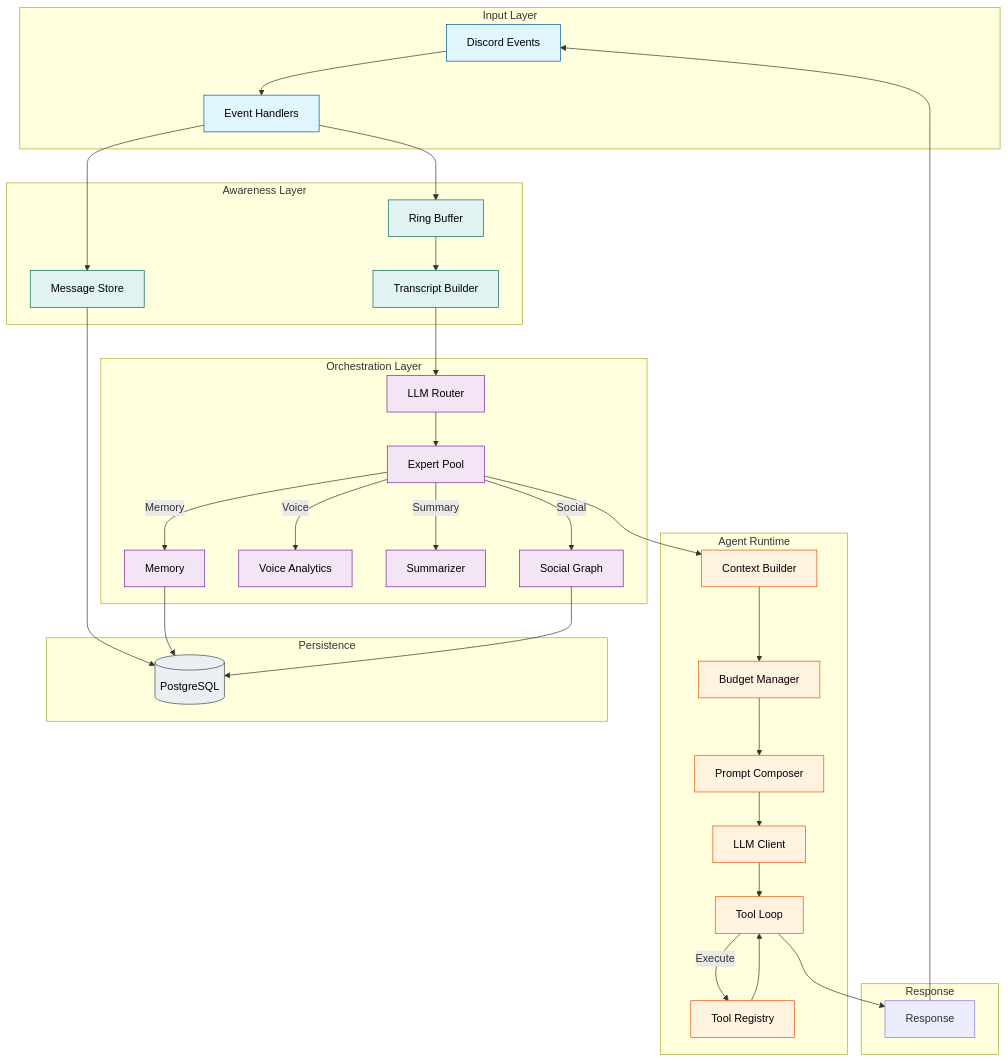
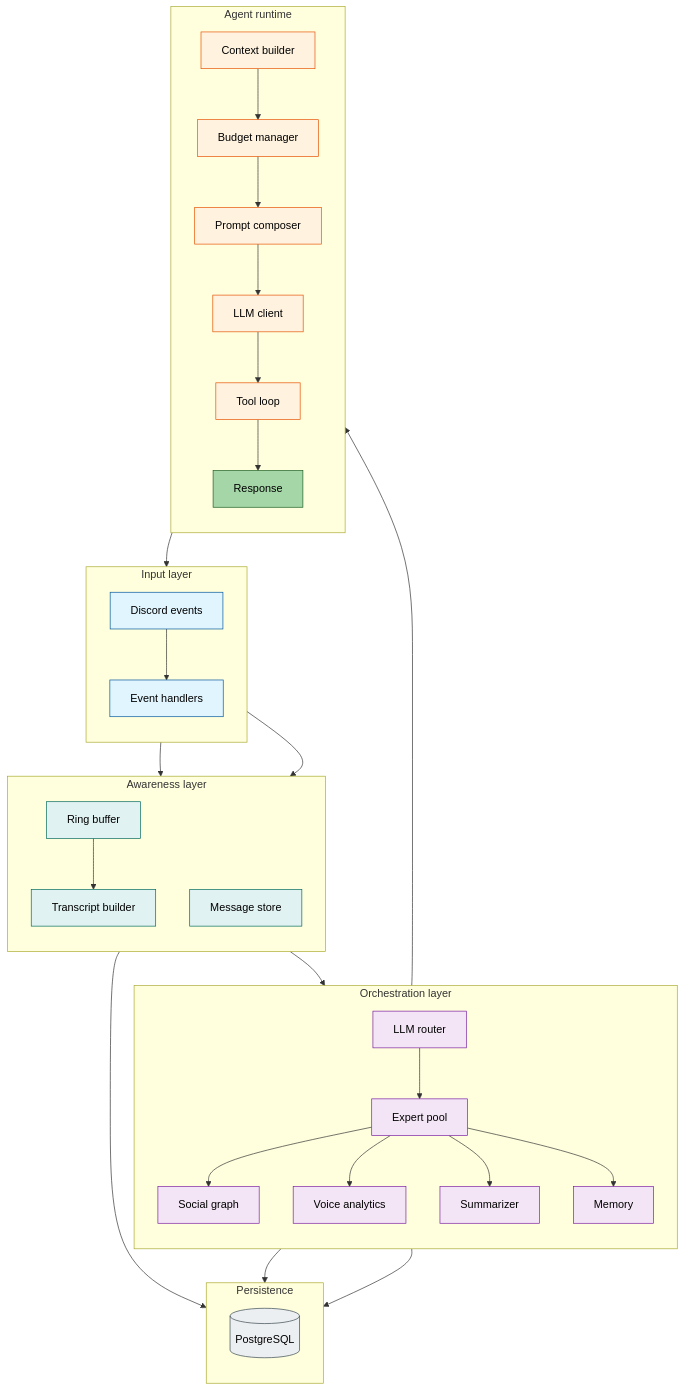
The sixth of 6 diagrams in docs/AGENTIC_ARCHITECTURE.md (BokX1/Sage), drawn with Mermaid before and after one commit. The commit also changed other lines of this file and 16 other files, not shown here.

````diff
--- a/docs/AGENTIC_ARCHITECTURE.md
+++ b/docs/AGENTIC_ARCHITECTURE.md
@@ -297,50 +316,52 @@
 ```mermaid
-graph TB
-    %% Styling
+flowchart TB
+    %% Layered view of the agentic runtime (simplified).
     classDef input fill:#e1f5fe,stroke:#01579b,color:black
     classDef awareness fill:#e0f2f1,stroke:#00695c,color:black
     classDef orch fill:#f3e5f5,stroke:#7b1fa2,color:black
     classDef runtime fill:#fff3e0,stroke:#e65100,color:black
     classDef db fill:#eceff1,stroke:#37474f,color:black
+    classDef output fill:#a5d6a7,stroke:#1b5e20,color:black
 
-    subgraph Input Layer
-        D[Discord Events]:::input
-        D --> IH[Event Handlers]:::input
+    subgraph Input["Input layer"]
+        direction TB
+        D[Discord events]:::input --> IH[Event handlers]:::input
     end
-    
-    subgraph Awareness Layer
-        IH --> RB[Ring Buffer]:::awareness
-        IH --> MS[Message Store]:::awareness
-        RB --> TB[Transcript Builder]:::awareness
+
+    subgraph Awareness["Awareness layer"]
+        direction TB
+        IH --> RB[Ring buffer]:::awareness
+        IH --> MS[Message store]:::awareness
+        RB --> TB[Transcript builder]:::awareness
     end
-    
-    subgraph Orchestration Layer
-        TB --> RT[LLM Router]:::orch
-        RT --> EX[Expert Pool]:::orch
-        EX --> |Social| SG[Social Graph]:::orch
-        EX --> |Voice| VA[Voice Analytics]:::orch
-        EX --> |Summary| SM[Summarizer]:::orch
-        EX --> |Memory| MM[Memory]:::orch
+
+    subgraph Orchestration["Orchestration layer"]
+        direction TB
+        TB --> RT[LLM router]:::orch
+        RT --> EX[Expert pool]:::orch
+        EX --> SG[Social graph]:::orch
+        EX --> VA[Voice analytics]:::orch
+        EX --> SM[Summarizer]:::orch
+        EX --> MM[Memory]:::orch
     end
-    
-    subgraph Agent Runtime
-        EX --> CB[Context Builder]:::runtime
-        CB --> BG[Budget Manager]:::runtime
-        BG --> PC[Prompt Composer]:::runtime
-        PC --> LLM[LLM Client]:::runtime
-        LLM --> TL[Tool Loop]:::runtime
-        TL --> |Execute| TR[Tool Registry]:::runtime
-        TR --> TL
+
+    subgraph Runtime["Agent runtime"]
+        direction TB
+        EX --> CB[Context builder]:::runtime
+        CB --> BG[Budget manager]:::runtime
+        BG --> PC[Prompt composer]:::runtime
+        PC --> LLM[LLM client]:::runtime
+        LLM --> TL[Tool loop]:::runtime
+        TL --> RP[Response]:::output
     end
-    
-    subgraph Response
-        TL --> RP[Response]
-        RP --> D
-    end
-    
-    subgraph Persistence
-        MS --> DB[(PostgreSQL)]:::db
+
+    subgraph Persistence["Persistence"]
+        direction TB
+        DB[(PostgreSQL)]:::db
+        MS --> DB
         MM --> DB
         SG --> DB
     end
+
+    RP --> D
 ```
````
